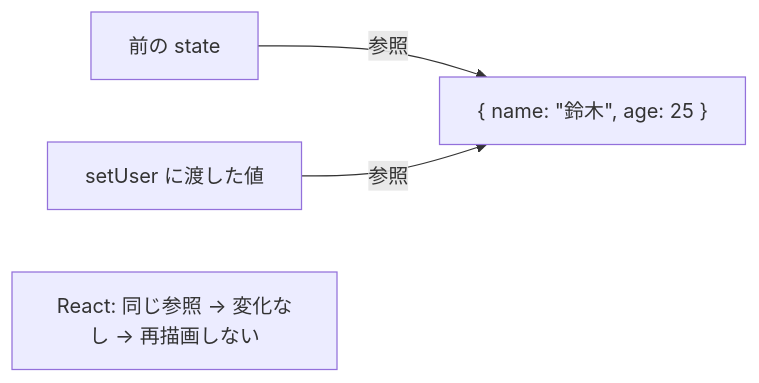
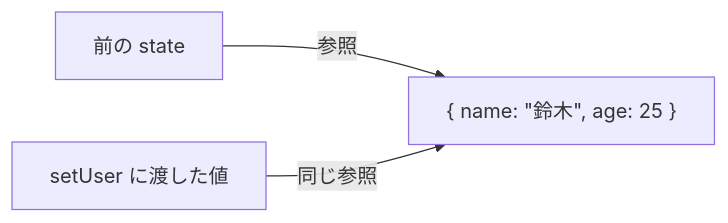
Before and after one commit to ozaki25/web-front-training-ozaki25: the seventh of 8 diagrams in docs/drafts/008/index.md, drawn with Mermaid. The commit also changed other lines of this file, not shown here.

First line of the commit message:
イミュータビリティレッスンをレビュー: 共感導入、比較図追加、Object.is説明、React表追加

````diff
--- a/docs/drafts/008/index.md
+++ b/docs/drafts/008/index.md
@@ -251,6 +267,5 @@
 ```mermaid
 flowchart LR
   before["前の state"] -->|参照| obj["{ name: &quot;鈴木&quot;, age: 25 }"]
-  after["setUser に渡した値"] -->|参照| obj
-  react["React: 同じ参照 → 変化なし → 再描画しない"]
+  after["setUser に渡した値"] -->|同じ参照| obj
 ```
````
